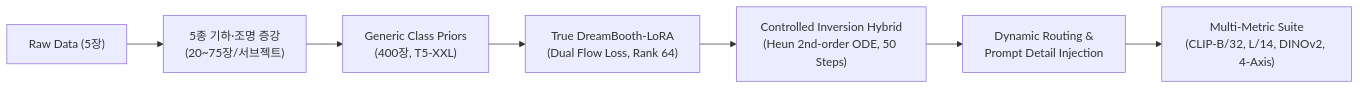
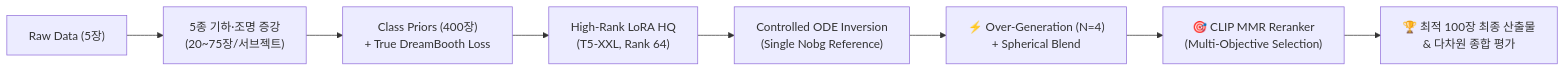
The first of 2 diagrams in docs/EXPERIMENT_HISTORY.md (gichul-hong/project-3), drawn with Mermaid before and after one commit. The commit also changed other lines of this file and 436 other files, not shown here.

````diff
--- a/docs/EXPERIMENT_HISTORY.md
+++ b/docs/EXPERIMENT_HISTORY.md
@@ -18,9 +18,10 @@
 ```mermaid
 graph LR
     A["Raw Data (5장)"] --> B["5종 기하·조명 증강<br>(20~75장/서브젝트)"]
-    B --> C["Generic Class Priors<br>(400장, T5-XXL)"]
-    C --> D["True DreamBooth-LoRA<br>(Dual Flow Loss, Rank 64)"]
-    D --> E["Controlled Inversion Hybrid<br>(Heun 2nd-order ODE, 50 Steps)"]
-    E --> F["Dynamic Routing &<br>Prompt Detail Injection"]
-    F --> G["Multi-Metric Suite<br>(CLIP-B/32, L/14, DINOv2, 4-Axis)"]
+    B --> C["Class Priors (400장)<br>+ True DreamBooth Loss"]
+    C --> D["High-Rank LoRA HQ<br>(T5-XXL, Rank 64)"]
+    D --> E["Controlled ODE Inversion<br>(Single Nobg Reference)"]
+    E --> F["⚡ Over-Generation (N=4)<br>+ Spherical Blend"]
+    F --> G["🎯 CLIP MMR Reranker<br>(Multi-Objective Selection)"]
+    G --> H["🏆 최적 100장 최종 산출물<br>& 다차원 종합 평가"]
 ```
````
